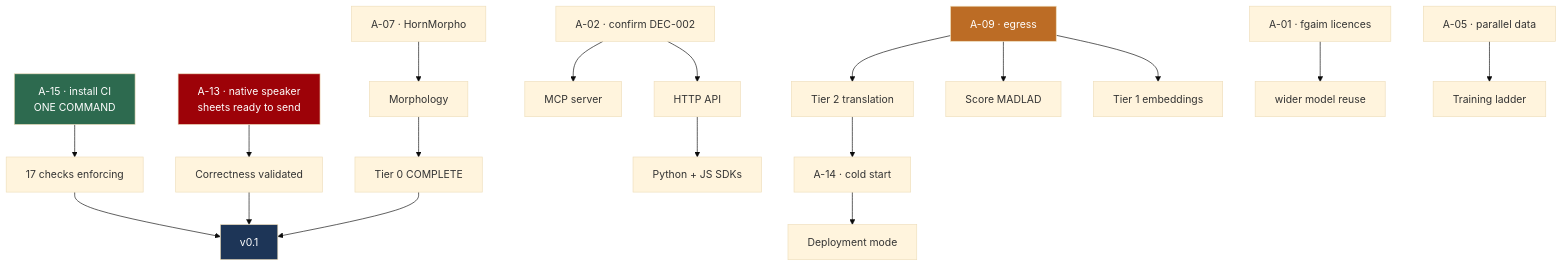
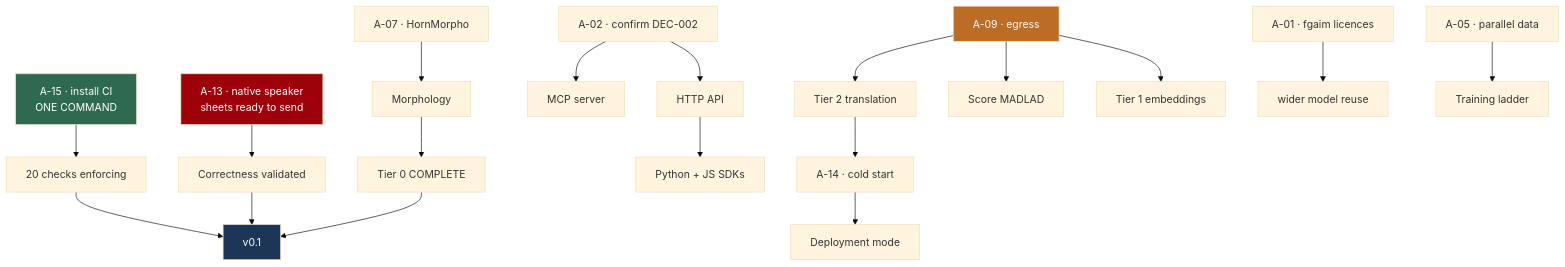
The diagram in docs/roadmap/READINESS_PLAN.md (abugassim8/Tigrigna-Intelligence), drawn with Mermaid (base theme) before and after one commit. The commit also changed other lines of this file and 29 other files, not shown here.

````diff
--- a/docs/roadmap/READINESS_PLAN.md
+++ b/docs/roadmap/READINESS_PLAN.md
@@ -87,25 +87,25 @@
 ```mermaid
 graph TD
-    A15["A-15 · install CI<br/>ONE COMMAND"] --> ENF["17 checks enforcing"]
+    A15["A-15 · install CI<br/>ONE COMMAND"] --> ENF["20 checks enforcing"]
     A13["A-13 · native speaker<br/>sheets ready to send"] --> CORRECT["Correctness validated"]
     A02["A-02 · confirm DEC-002"] --> API["HTTP API"]
     A02 --> MCP["MCP server"]
     API --> SDK["Python + JS SDKs"]
     A09["A-09 · egress"] --> T1["Tier 1 embeddings"]
     A09 --> MADLAD["Score MADLAD"]
     A09 --> T2["Tier 2 translation"]
     A01["A-01 · fgaim licences"] --> REUSE["wider model reuse"]
     A07["A-07 · HornMorpho"] --> MORPH["Morphology"]
     A05["A-05 · parallel data"] --> TRAIN["Training ladder"]
     T2 --> A14["A-14 · cold start"]
     A14 --> DEPLOY["Deployment mode"]
     MORPH --> MVP["Tier 0 COMPLETE"]
     CORRECT --> V01["v0.1"]
     MVP --> V01
     ENF --> V01
 
     style A15 fill:#2d6a4f,color:#fff
     style A13 fill:#9d0208,color:#fff
     style A09 fill:#bc6c25,color:#fff
     style V01 fill:#1d3557,color:#fff
 ```
````
